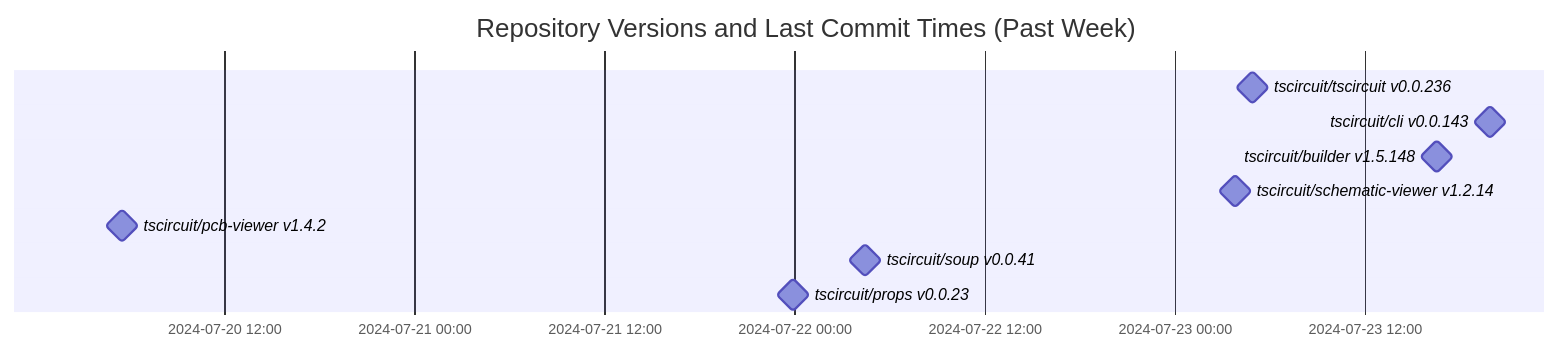
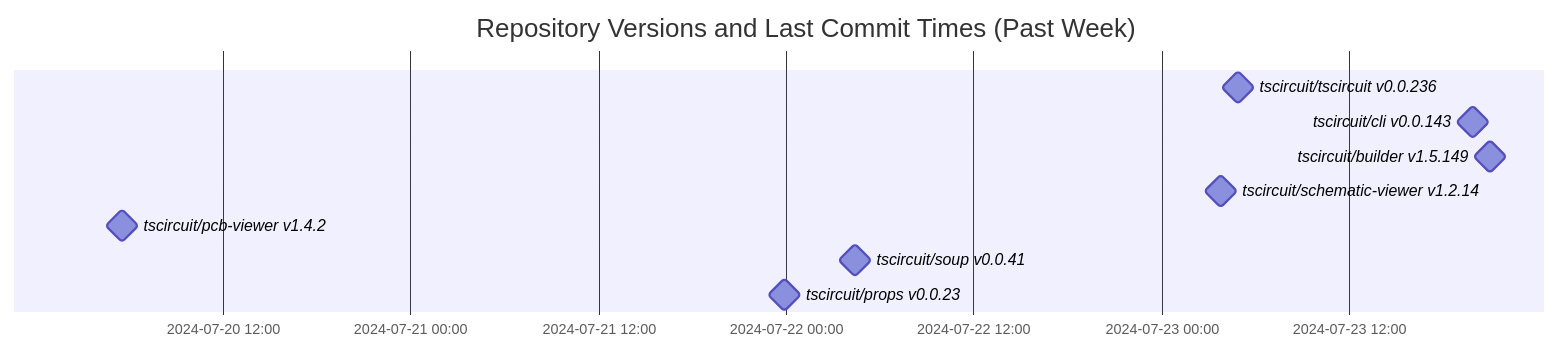
Before and after one commit to tscircuit/version-tracker: the diagram in README.md, drawn with Mermaid.

Commit message:
Update chart

````diff
--- a/README.md
+++ b/README.md
@@ -1,14 +1,14 @@
 ```mermaid
 gantt
   dateFormat  YYYY-MM-DD HH:mm:ss
   title Repository Versions and Last Commit Times (Past Week)
   axisFormat %Y-%m-%d %H:%M
 
   tscircuit/tscircuit v0.0.236 : milestone, 2024-07-23 04:55:43, 1s
   tscircuit/cli v0.0.143 : milestone, 2024-07-23 19:55:41, 1s
-  tscircuit/builder v1.5.148 : milestone, 2024-07-23 16:33:04, 1s
+  tscircuit/builder v1.5.149 : milestone, 2024-07-23 21:01:43, 1s
   tscircuit/schematic-viewer v1.2.14 : milestone, 2024-07-23 03:50:56, 1s
   tscircuit/pcb-viewer v1.4.2 : milestone, 2024-07-20 05:34:23, 1s
   tscircuit/soup v0.0.41 : milestone, 2024-07-22 04:28:33, 1s
   tscircuit/props v0.0.23 : milestone, 2024-07-21 23:57:13, 1s
 ```
````
